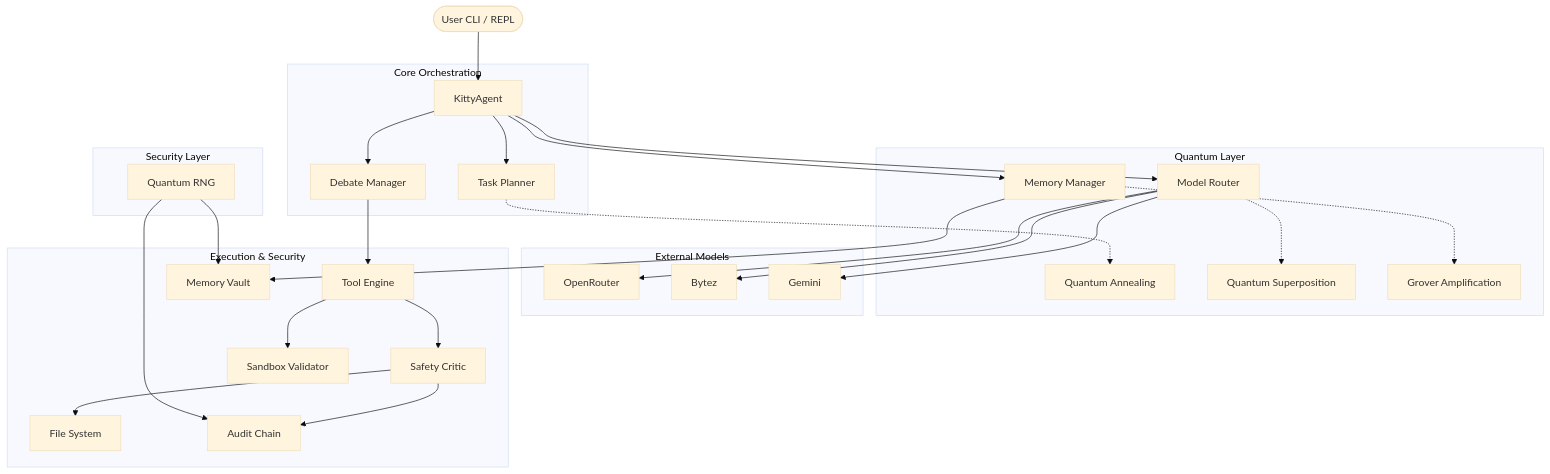
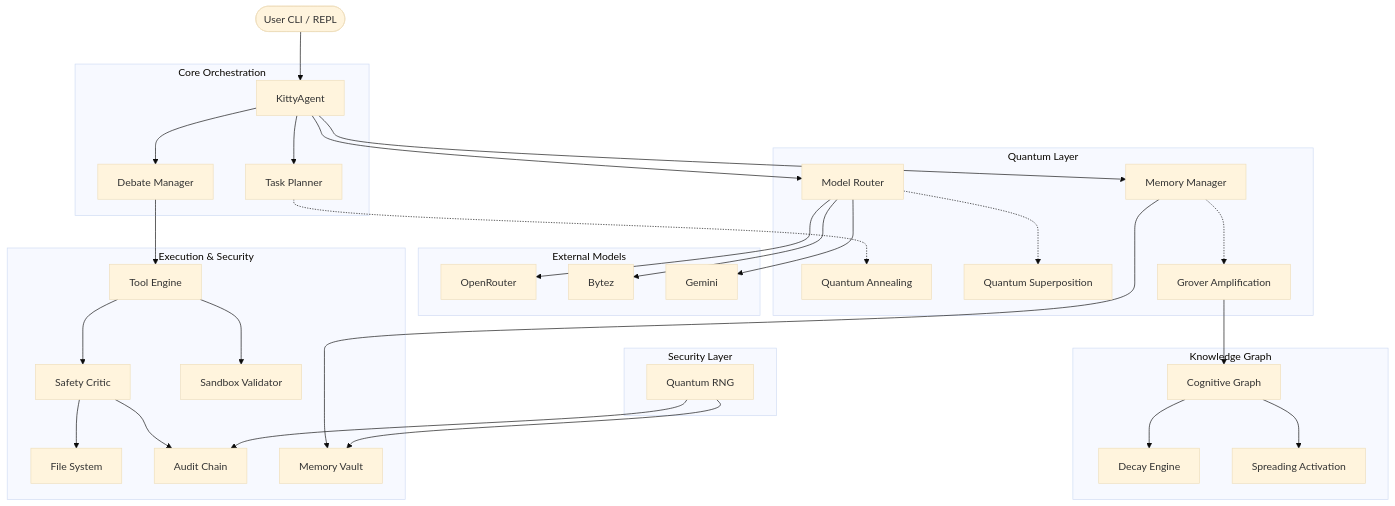
One commit to Quantum-Blade1/kitty-CLI changed the first of 3 diagrams in README.md. Above: the diagram before and after it, drawn with Mermaid (base theme). The commit also changed other lines of this file, not shown here.

Commit message:
docs: update README with Cognitive Knowledge Graph and Spreading Activation details

````diff
--- a/README.md
+++ b/README.md
@@ -105,38 +107,44 @@
 ```mermaid
 graph TD
     User([User CLI / REPL]) --> Agent[KittyAgent]
     
     subgraph Core Orchestration
         Agent --> Planner[Task Planner]
         Agent --> Debate[Debate Manager]
     end
     
     subgraph Quantum Layer
         Planner -.-> QA[Quantum Annealing]
         Router[Model Router] -.-> QS[Quantum Superposition]
         Memory[Memory Manager] -.-> QG[Grover Amplification]
+    end
+    
+    subgraph Knowledge Graph
+        QG --> Graph[Cognitive Graph]
+        Graph --> Decay[Decay Engine]
+        Graph --> Activation[Spreading Activation]
     end
     
     subgraph External Models
         Router --> OR[OpenRouter]
         Router --> Bytez[Bytez]
         Router --> Gemini[Gemini]
     end
     
     subgraph Execution & Security
         Debate --> ToolEngine[Tool Engine]
         ToolEngine --> Safety[Safety Critic]
         ToolEngine --> Sandbox[Sandbox Validator]
         Safety --> FS[File System]
         Safety --> Audit[Audit Chain]
         Memory --> Vault[Memory Vault]
     end
 
     subgraph Security Layer
         RNG[Quantum RNG] --> Audit
         RNG --> Vault
     end
 
     Agent --> Router
     Agent --> Memory
 ```
````
